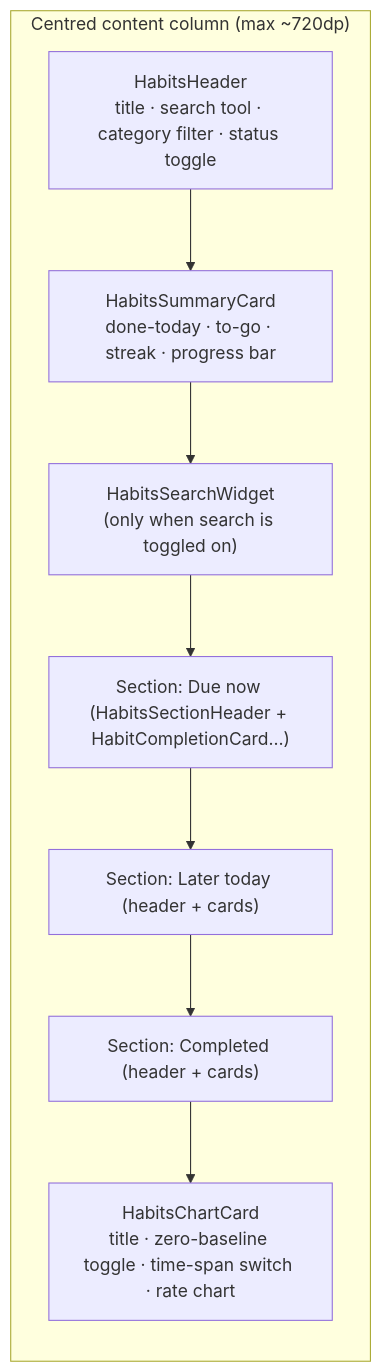
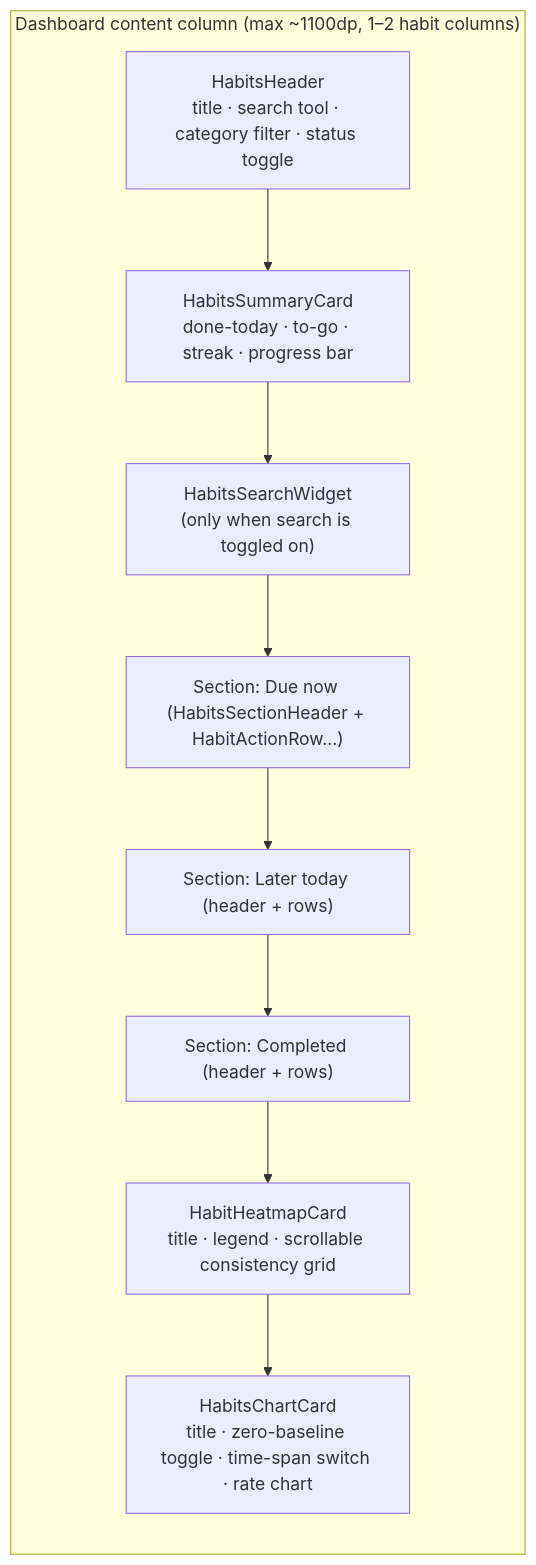
Before and after one commit to matthiasn/lotti: the second of 8 diagrams in lib/features/habits/README.md, drawn with Mermaid. The commit also changed other lines of this file and 33 other files, not shown here.

````diff
--- a/lib/features/habits/README.md
+++ b/lib/features/habits/README.md
@@ -118,14 +131,15 @@
 ```mermaid
 flowchart TB
-  subgraph Column["Centred content column (max ~720dp)"]
+  subgraph Column["Dashboard content column (max ~1100dp, 1–2 habit columns)"]
     direction TB
     Header["HabitsHeader<br/>title · search tool · category filter · status toggle"]
     Summary["HabitsSummaryCard<br/>done-today · to-go · streak · progress bar"]
     Search["HabitsSearchWidget<br/>(only when search is toggled on)"]
-    Open["Section: Due now (HabitsSectionHeader + HabitCompletionCard…)"]
-    Later["Section: Later today (header + cards)"]
-    Done["Section: Completed (header + cards)"]
+    Open["Section: Due now (HabitsSectionHeader + HabitActionRow…)"]
+    Later["Section: Later today (header + rows)"]
+    Done["Section: Completed (header + rows)"]
+    HeatCard["HabitHeatmapCard<br/>title · legend · scrollable consistency grid"]
     ChartCard["HabitsChartCard<br/>title · zero-baseline toggle · time-span switch · rate chart"]
   end
-  Header --> Summary --> Search --> Open --> Later --> Done --> ChartCard
+  Header --> Summary --> Search --> Open --> Later --> Done --> HeatCard --> ChartCard
 ```
````
